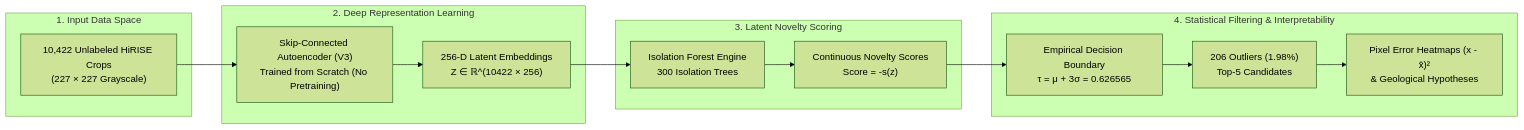
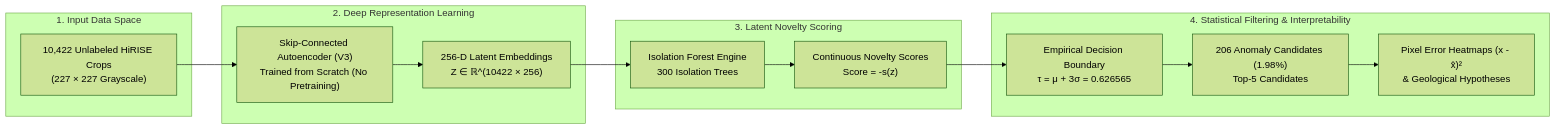
The first of 2 diagrams in README.md (Debjit2821/NSSC-Data-analytics), drawn with Mermaid (forest theme) before and after one commit. The commit also changed other lines of this file, not shown here.

````diff
--- a/README.md
+++ b/README.md
@@ -49,24 +49,24 @@
 ```mermaid
 flowchart LR
     subgraph DataSpace["1. Input Data Space"]
         A["10,422 Unlabeled HiRISE Crops\n(227 × 227 Grayscale)"]
     end
     
     subgraph FeatureSpace["2. Deep Representation Learning"]
         B["Skip-Connected Autoencoder (V3)\nTrained from Scratch (No Pretraining)"]
         C["256-D Latent Embeddings\nZ ∈ ℝ^(10422 × 256)"]
     end
     
     subgraph NoveltySpace["3. Latent Novelty Scoring"]
         D["Isolation Forest Engine\n300 Isolation Trees"]
         E["Continuous Novelty Scores\nScore = -s(z)"]
     end
     
     subgraph DecisionSpace["4. Statistical Filtering & Interpretability"]
         F["Empirical Decision Boundary\nτ = μ + 3σ = 0.626565"]
-        G["206 Outliers (1.98%)\nTop-5 Candidates"]
+        G["206 Anomaly Candidates (1.98%)\nTop-5 Candidates"]
         H["Pixel Error Heatmaps (x - x̂)²\n& Geological Hypotheses"]
     end
     
     A --> B --> C --> D --> E --> F --> G --> H
 ```
````
